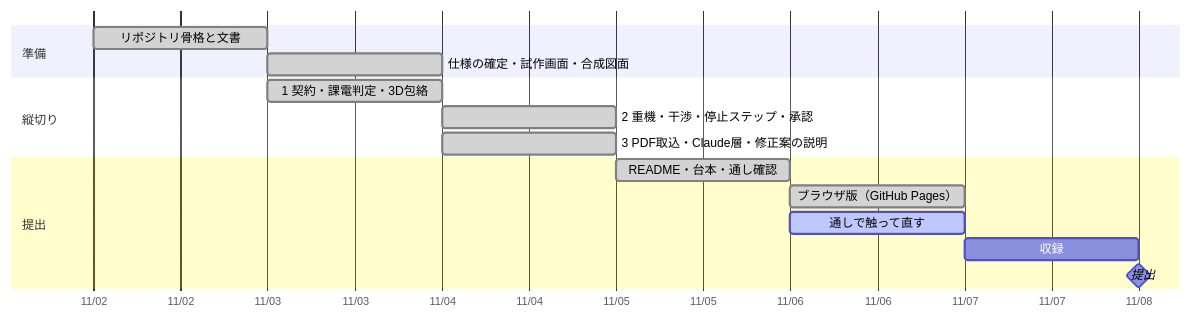
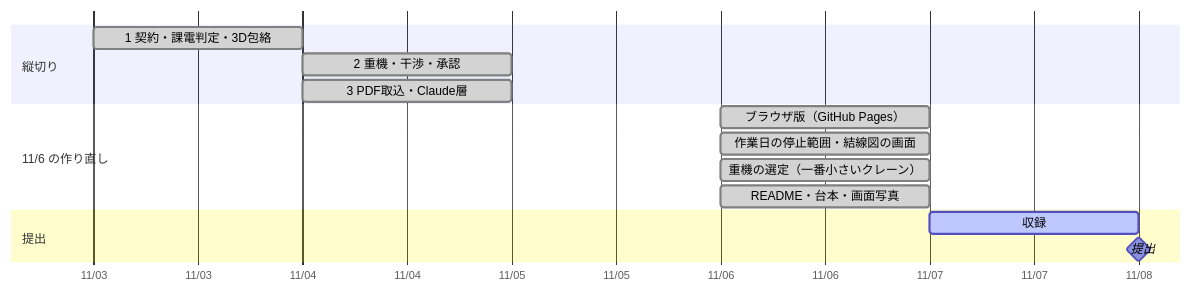
Before and after one commit to Daxion1578/Minimum-Approach-Area-Indicator: the diagram in STATUS.md, drawn with Mermaid. The commit also changed other lines of this file and 11 other files, not shown here.

Commit message:
README・台本・仕様・仕組み図・画面写真を、作業日の停止範囲と重機の選定の流れに合わせる。状況: 話し合ったゴールまで完了

````diff
--- a/STATUS.md
+++ b/STATUS.md
@@ -3,18 +3,17 @@
 ```mermaid
 gantt
   dateFormat YYYY-MM-DD
   axisFormat %m/%d
-  section 準備
-  リポジトリ骨格と文書          :done,   p1, 2026-11-02, 1d
-  仕様の確定・試作画面・合成図面  :done,   p2, 2026-11-03, 1d
   section 縦切り
   1 契約・課電判定・3D包絡       :done,   s1, 2026-11-03, 1d
-  2 重機・干渉・停止ステップ・承認 :done,  s2, 2026-11-04, 1d
-  3 PDF取込・Claude層・修正案の説明 :done, s3, 2026-11-04, 1d
+  2 重機・干渉・承認              :done,   s2, 2026-11-04, 1d
+  3 PDF取込・Claude層            :done,   s3, 2026-11-04, 1d
+  section 11/6 の作り直し
+  ブラウザ版（GitHub Pages）      :done,   w1, 2026-11-06, 1d
+  作業日の停止範囲・結線図の画面  :done,   r1, 2026-11-06, 1d
+  重機の選定（一番小さいクレーン）:done,   r2, 2026-11-06, 1d
+  README・台本・画面写真          :done,   r3, 2026-11-06, 1d
   section 提出
-  README・台本・通し確認          :done,   v1, 2026-11-05, 1d
-  ブラウザ版（GitHub Pages）      :done,   w1, 2026-11-06, 1d
-  通しで触って直す                :active, v2, 2026-11-06, 1d
-  収録                           :        v3, 2026-11-07, 1d
+  収録                           :active, v3, 2026-11-07, 1d
   提出                           :milestone, m1, 2026-11-08, 0d
 ```
````
